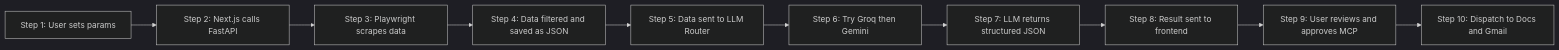
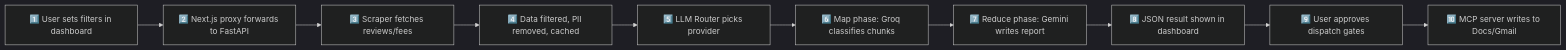
Before and after one commit to swayam-kr/M2_MCP_AI_Automation: the second of 11 diagrams in architecture.md, drawn with Mermaid (dark theme). The commit also changed other lines of this file and 1 other file, not shown here.

Commit message:
Docs: rewrite architecture.md as portfolio playbook + create API_DOCS.md with endpoint specs, MCP protocol, and LLM internals

````diff
--- a/architecture.md
+++ b/architecture.md
@@ -86,12 +113,12 @@
 ```mermaid
 graph LR
-    S1["Step 1: User sets params"] --> S2["Step 2: Next.js calls FastAPI"]
-    S2 --> S3["Step 3: Playwright scrapes data"]
-    S3 --> S4["Step 4: Data filtered and saved as JSON"]
-    S4 --> S5["Step 5: Data sent to LLM Router"]
-    S5 --> S6["Step 6: Try Groq then Gemini"]
-    S6 --> S7["Step 7: LLM returns structured JSON"]
-    S7 --> S8["Step 8: Result sent to frontend"]
-    S8 --> S9["Step 9: User reviews and approves MCP"]
-    S9 --> S10["Step 10: Dispatch to Docs and Gmail"]
+    S1["1️⃣ User sets filters in dashboard"] --> S2["2️⃣ Next.js proxy forwards to FastAPI"]
+    S2 --> S3["3️⃣ Scraper fetches reviews/fees"]
+    S3 --> S4["4️⃣ Data filtered, PII removed, cached"]
+    S4 --> S5["5️⃣ LLM Router picks provider"]
+    S5 --> S6["6️⃣ Map phase: Groq classifies chunks"]
+    S6 --> S7["7️⃣ Reduce phase: Gemini writes report"]
+    S7 --> S8["8️⃣ JSON result shown in dashboard"]
+    S8 --> S9["9️⃣ User approves dispatch gates"]
+    S9 --> S10["🔟 MCP server writes to Docs/Gmail"]
 ```
````
